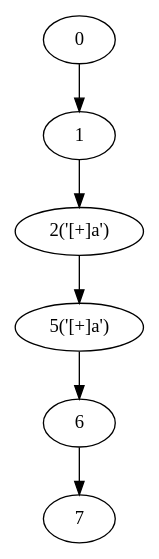
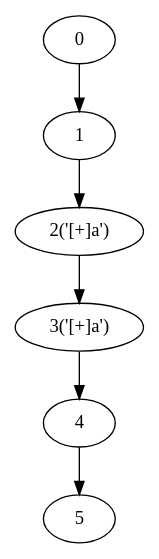
One commit to yyl-20020115/NRegEx changed the diagram in NRegex.Test/Graphs/TestMethod13.dot. Above: the diagram before and after it, drawn with Graphviz. The commit also changed 28 other files, not shown here.

```diff
--- a/NRegex.Test/Graphs/TestMethod13.dot
+++ b/NRegex.Test/Graphs/TestMethod13.dot
@@ -1,13 +1,13 @@
 digraph g {
 	0 ;
 	1 ;
 	2 [label="2('[+]a')"];
-	5 [label="5('[+]a')"];
-	6 ;
-	7 ;
+	3 [label="3('[+]a')"];
+	4 ;
+	5 ;
 	0->1;
 	1->2;
-	2->5;
-	5->6;
-	6->7;
+	2->3;
+	3->4;
+	4->5;
 }
```
